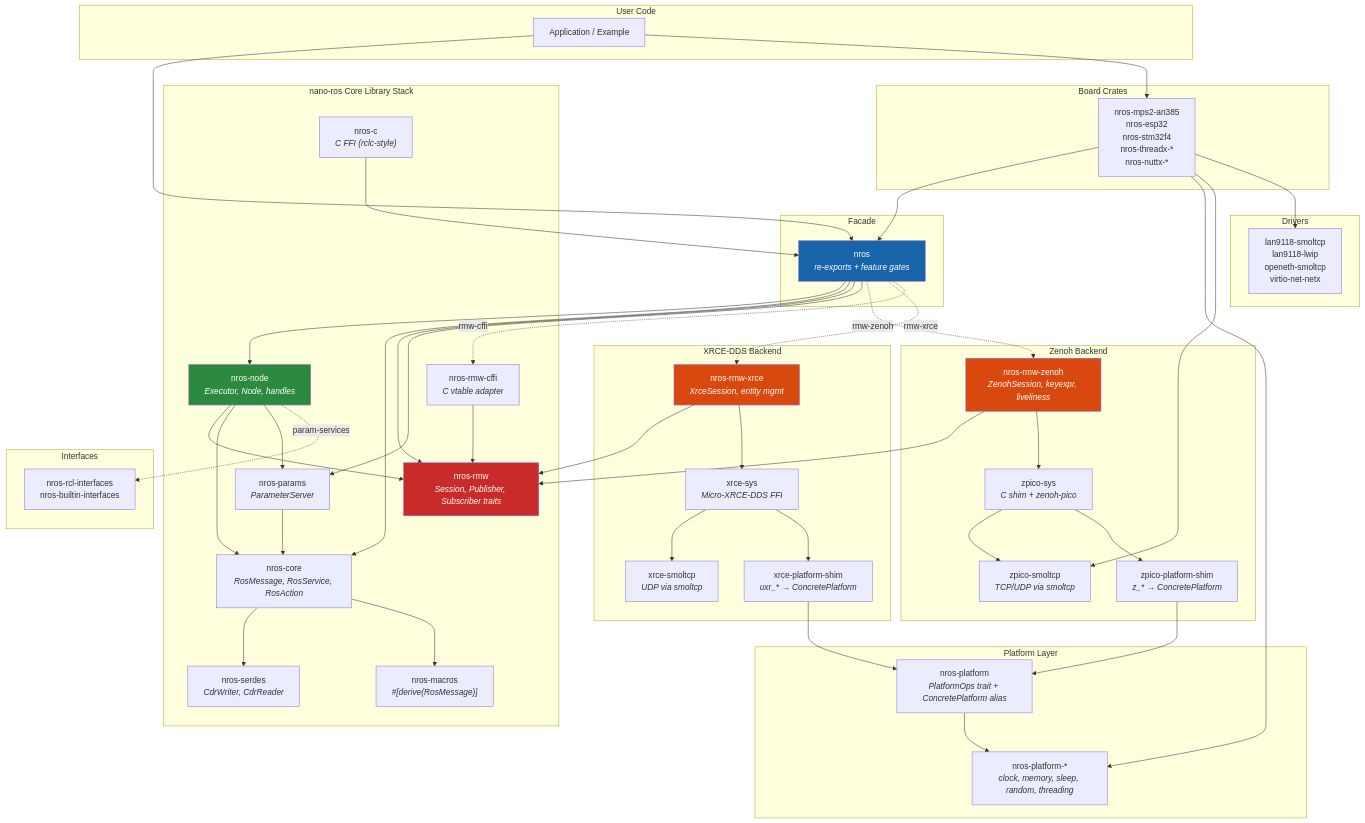
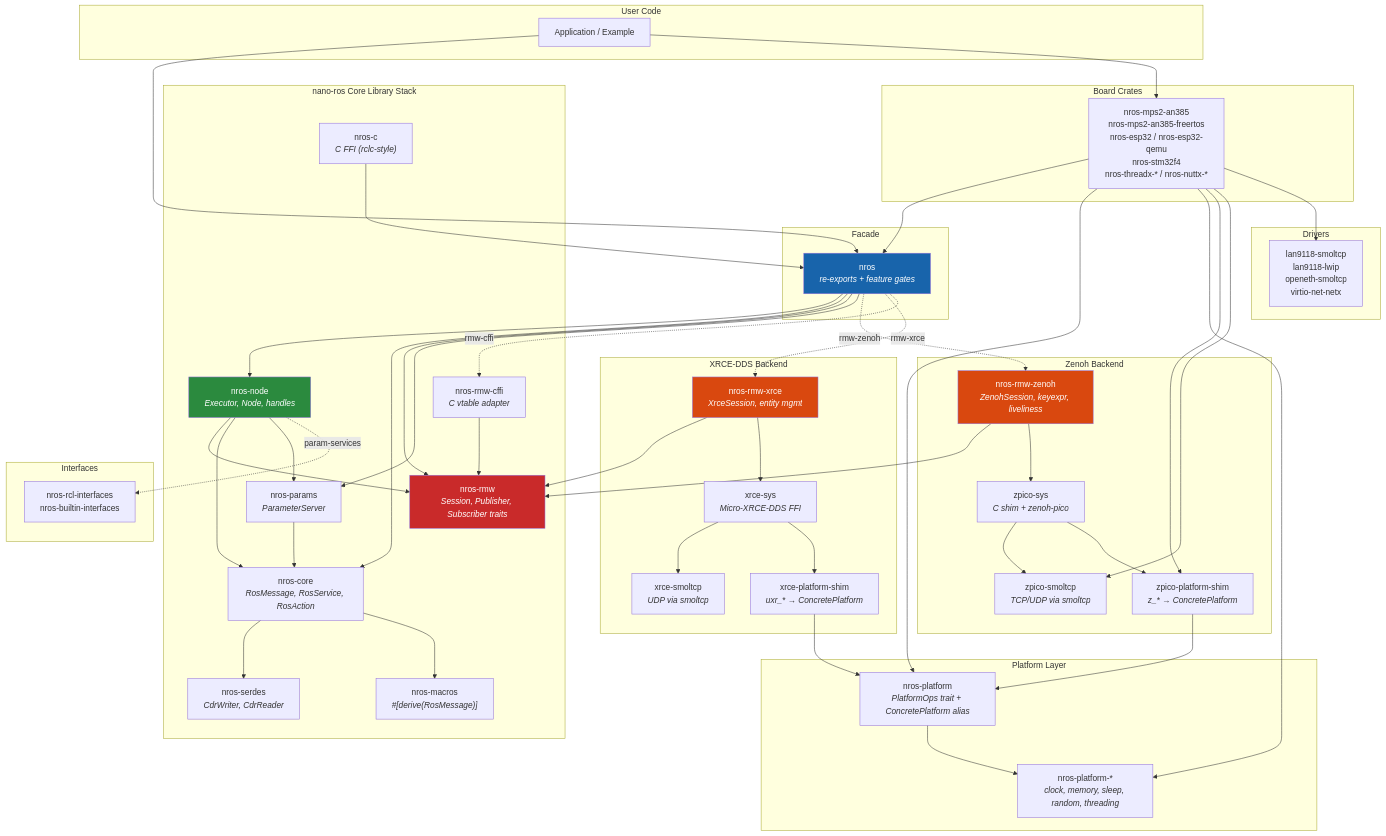
The second of 15 diagrams in book/src/concepts/architecture.md (NEWSLabNTU/nano-ros), drawn with Mermaid before and after one commit. The commit also changed other lines of this file and 1 other file, not shown here.

First line of the commit message:
Fix architecture diagrams and platform feature propagation docs

```diff
--- a/book/src/concepts/architecture.md
+++ b/book/src/concepts/architecture.md
@@ -102,7 +102,7 @@
     end
 
     subgraph "Board Crates"
-        BOARD["nros-mps2-an385<br/>nros-esp32<br/>nros-stm32f4<br/>nros-threadx-*<br/>nros-nuttx-*"]
+        BOARD["nros-mps2-an385<br/>nros-mps2-an385-freertos<br/>nros-esp32 / nros-esp32-qemu<br/>nros-stm32f4<br/>nros-threadx-* / nros-nuttx-*"]
     end
 
     subgraph "Drivers"
@@ -149,7 +149,9 @@
     NPLAT --> NPLATIMPL
 
     BOARD --> NROS
+    BOARD --> NPLAT
     BOARD --> NPLATIMPL
+    BOARD --> ZPSHIM
     BOARD --> ZSMOL
     BOARD --> DRV
 
```
